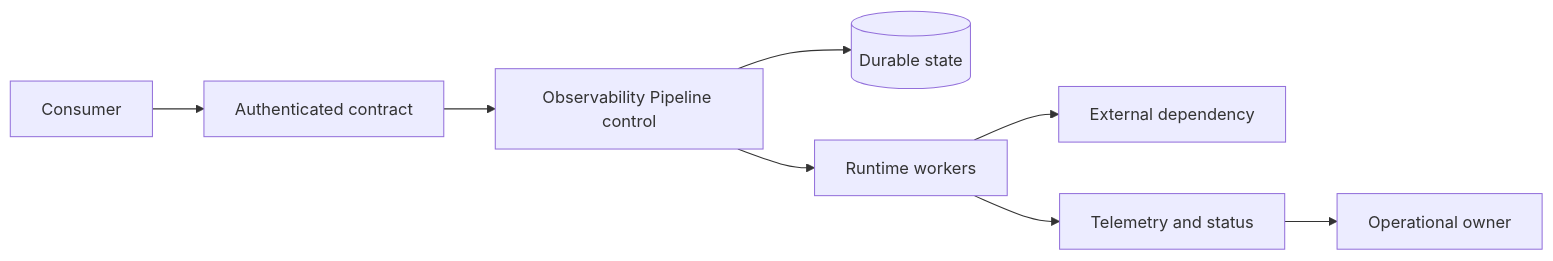
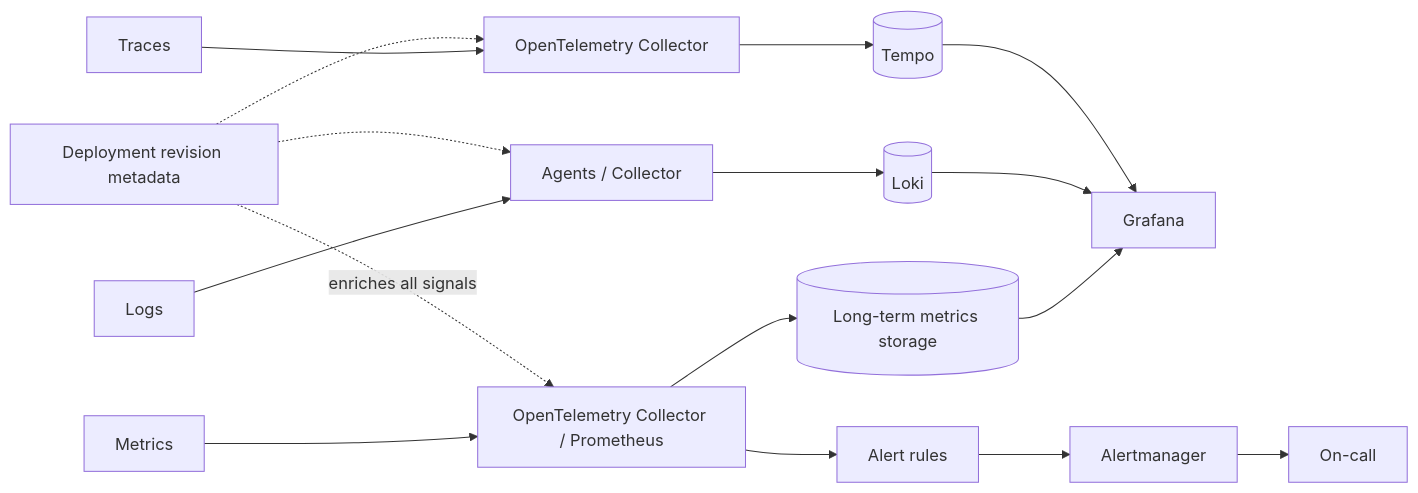
Before and after one commit to m1mohamad/devops-sre-prep: the diagram in docs/architecture/observability-pipeline.md, drawn with Mermaid. The commit also changed other lines of this file and 61 other files, not shown here.

Commit message:
Replace generic architecture and study templates

````diff
--- a/docs/architecture/observability-pipeline.md
+++ b/docs/architecture/observability-pipeline.md
@@ -15,10 +15,10 @@
 ```mermaid
 flowchart LR
-  User[Consumer] --> Edge[Authenticated contract]
-  Edge --> Control[Observability Pipeline control]
-  Control --> State[(Durable state)]
-  Control --> Runtime[Runtime workers]
-  Runtime --> Dependency[External dependency]
-  Runtime --> Signals[Telemetry and status]
-  Signals --> Owner[Operational owner]
+  Metrics[Metrics] --> MP[OpenTelemetry Collector / Prometheus] --> MStore[(Long-term metrics storage)] --> Grafana[Grafana]
+  Logs[Logs] --> Agents[Agents / Collector] --> Loki[(Loki)] --> Grafana
+  Traces[Traces] --> OT[OpenTelemetry Collector] --> Tempo[(Tempo)] --> Grafana
+  MP --> Rules[Alert rules] --> AM[Alertmanager] --> Oncall[On-call]
+  Deploy[Deployment revision metadata] -. enriches all signals .-> MP
+  Deploy -.-> Agents
+  Deploy -.-> OT
 ```
````
